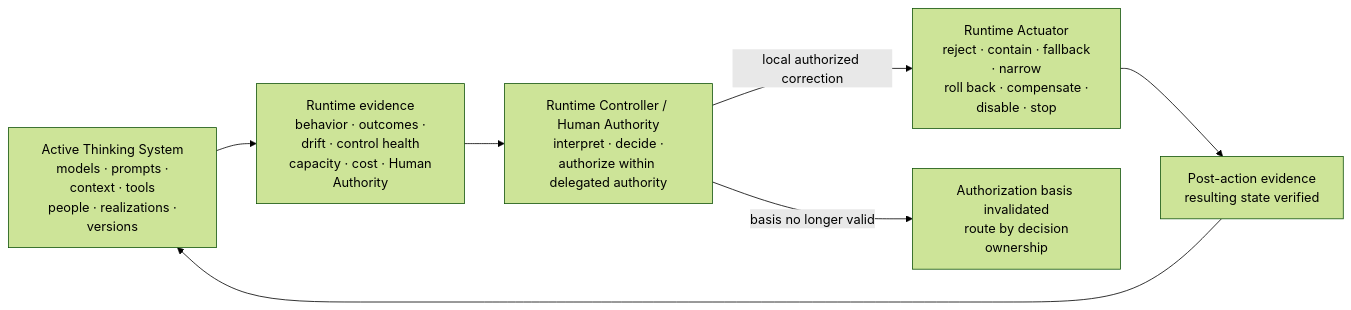
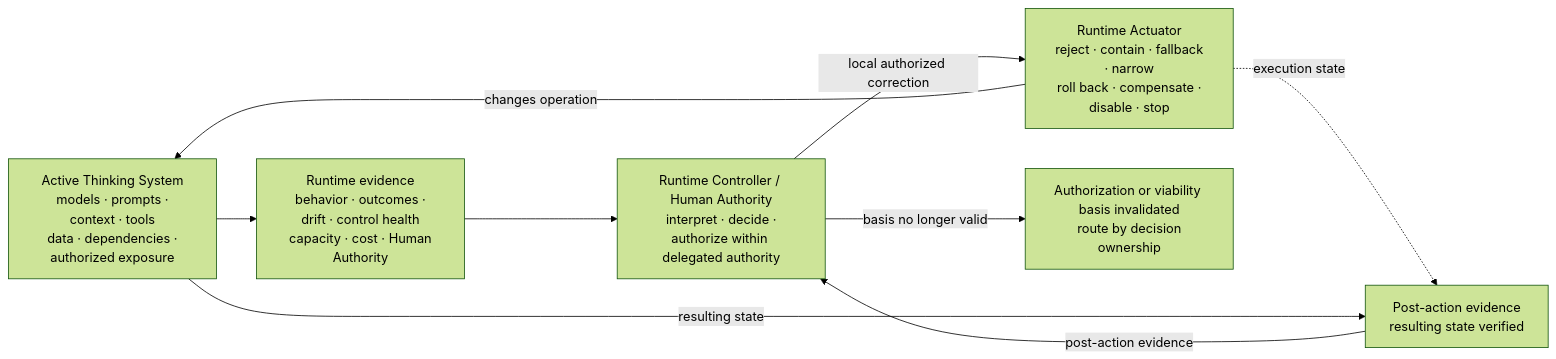
Before and after one commit to UncertaintyArchitectureGroup/uncertainty-architecture: diagram 13 of 15 in content/research/notes/open-engineering-specification-article-draft.md, drawn with Mermaid (forest theme). The commit also changed other lines of this file and 6 other files, not shown here.

````diff
--- a/content/research/notes/open-engineering-specification-article-draft.md
+++ b/content/research/notes/open-engineering-specification-article-draft.md
@@ -767,13 +837,15 @@
 ```mermaid
 flowchart LR
-    SYS["Active Thinking System<br/> models · prompts · context · tools<br/> people · realizations · versions"]
+    SYS["Active Thinking System<br/> models · prompts · context · tools<br/> data · dependencies · authorized exposure"]
     OBS["Runtime evidence<br/> behavior · outcomes · drift · control health<br/> capacity · cost · Human Authority"]
     CTRL["Runtime Controller / Human Authority<br/> interpret · decide · authorize within delegated authority"]
     ACT["Runtime Actuator<br/> reject · contain · fallback · narrow<br/> roll back · compensate · disable · stop"]
     VERIFY["Post-action evidence<br/> resulting state verified"]
-    ESC["Authorization basis invalidated<br/> route by decision ownership"]
+    ESC["Authorization or viability basis invalidated<br/> route by decision ownership"]
 
     SYS --> OBS --> CTRL
-    CTRL -->|local authorized correction| ACT --> VERIFY --> SYS
+    CTRL -->|local authorized correction| ACT -->|changes operation| SYS
+    ACT -.->|execution state| VERIFY
+    SYS -->|resulting state| VERIFY -->|post-action evidence| CTRL
     CTRL -->|basis no longer valid| ESC
 ```
````
